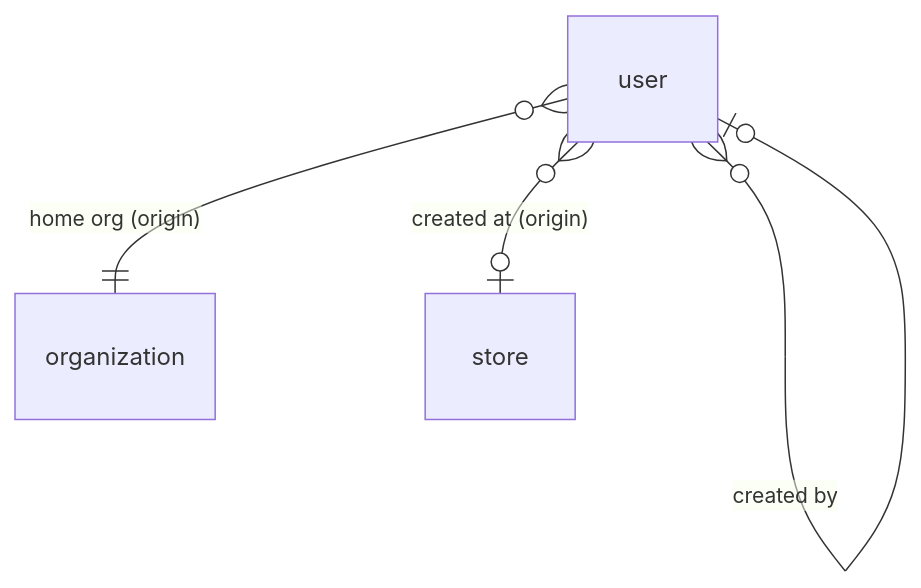
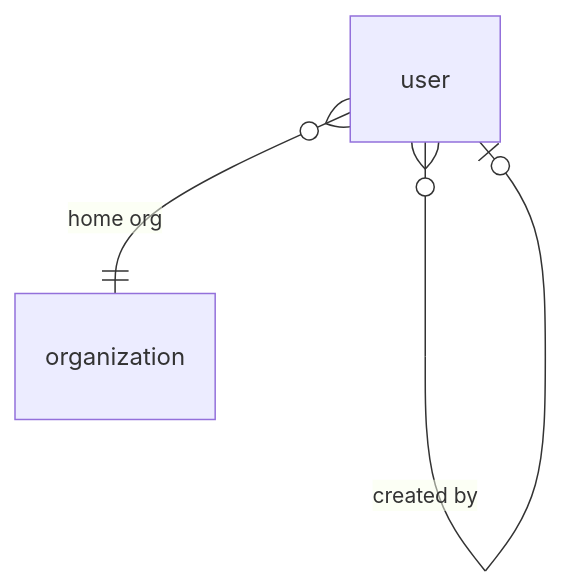
The first of 13 diagrams in docs/database.md (Shahrukh489/gekkosuite-api), drawn with Mermaid before and after one commit. The commit also changed other lines of this file and 1 other file, not shown here.

````diff
--- a/docs/database.md
+++ b/docs/database.md
@@ -334,6 +332,5 @@
 ```mermaid
 erDiagram
-    user }o--|| organization : "home org (origin)"
-    user }o--o| store : "created at (origin)"
+    user }o--|| organization : "home org"
     user }o--o| user : "created by"
 ```
````
